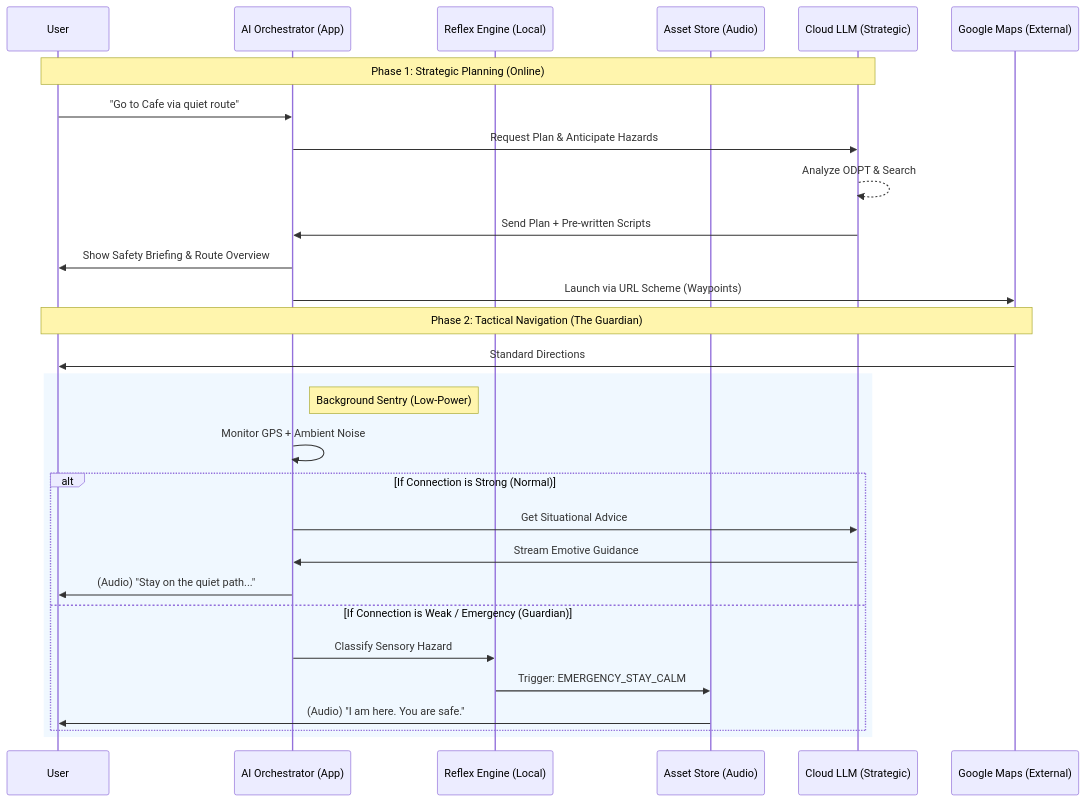
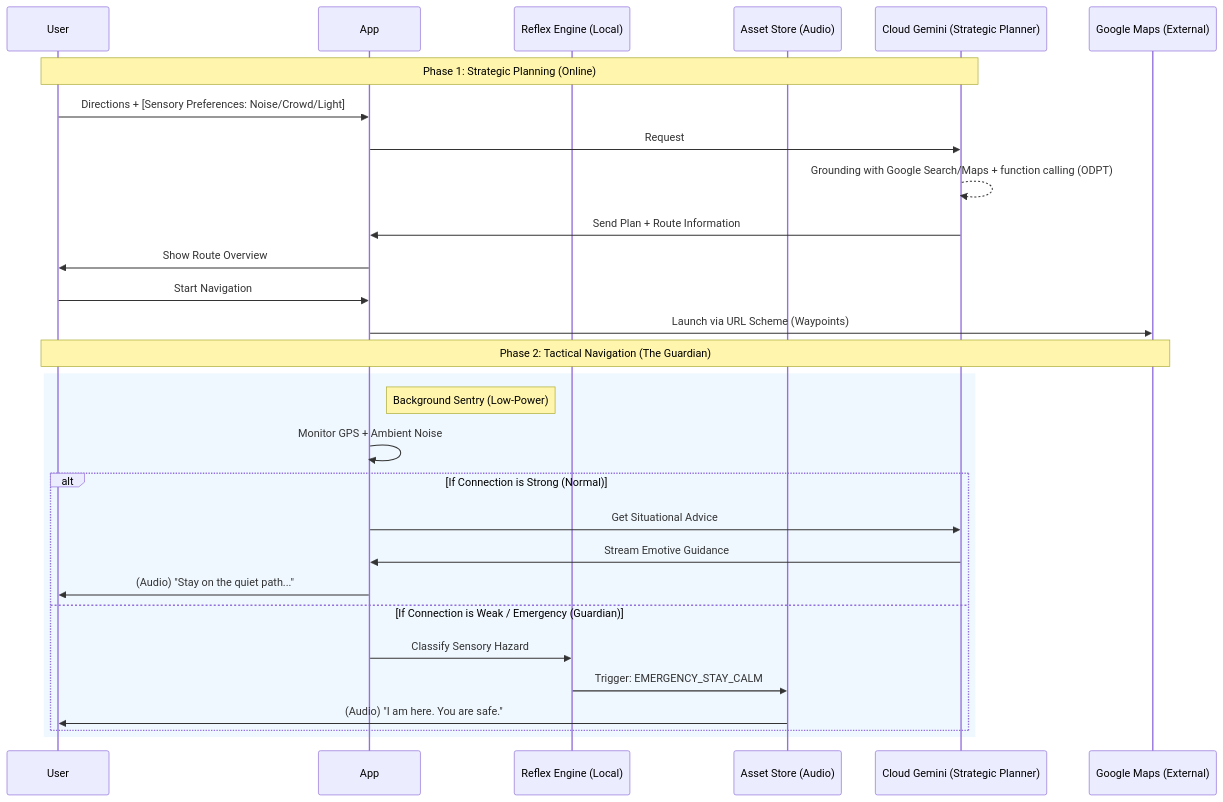
The second of 2 diagrams in docs/ARCHITECTURE.md (keiseiisobe/pocket-secure-base), drawn with Mermaid before and after one commit.

Commit message:
modified flow diagram

````diff
--- a/docs/ARCHITECTURE.md
+++ b/docs/ARCHITECTURE.md
@@ -51,35 +51,36 @@
 ```mermaid
 sequenceDiagram
     participant User
-    participant App as AI Orchestrator (App)
+    participant App
     participant LocalAI as Reflex Engine (Local)
     participant Assets as Asset Store (Audio)
-    participant CloudAI as Cloud LLM (Strategic)
+    participant CloudAI as Cloud Gemini (Strategic Planner)
     participant NativeMaps as Google Maps (External)
 
     Note over User, CloudAI: Phase 1: Strategic Planning (Online)
-    User->>App: "Go to Cafe via quiet route"
-    App->>CloudAI: Request Plan & Anticipate Hazards
-    CloudAI-->>CloudAI: Analyze ODPT & Search
-    CloudAI->>App: Send Plan + Pre-written Scripts
-    App->>User: Show Safety Briefing & Route Overview
+
+    User->>App: Directions + [Sensory Preferences: Noise/Crowd/Light]
+    App->>CloudAI: Request
+    CloudAI-->>CloudAI: Grounding with Google Search/Maps + function calling (ODPT)
+    CloudAI->>App: Send Plan + Route Information
+    App->>User: Show Route Overview
+	User->>App: Start Navigation
     App->>NativeMaps: Launch via URL Scheme (Waypoints)
 
     Note over User, NativeMaps: Phase 2: Tactical Navigation (The Guardian)
-    NativeMaps->>User: Standard Directions
     
     rect rgb(240, 248, 255)
         Note right of App: Background Sentry (Low-Power)
         App->>App: Monitor GPS + Ambient Noise
         
         alt If Connection is Strong (Normal)
             App->>CloudAI: Get Situational Advice
             CloudAI->>App: Stream Emotive Guidance
             App->>User: (Audio) "Stay on the quiet path..."
         else If Connection is Weak / Emergency (Guardian)
             App->>LocalAI: Classify Sensory Hazard
             LocalAI->>Assets: Trigger: EMERGENCY_STAY_CALM
             Assets->>User: (Audio) "I am here. You are safe."
         end
     end
 ```
````
